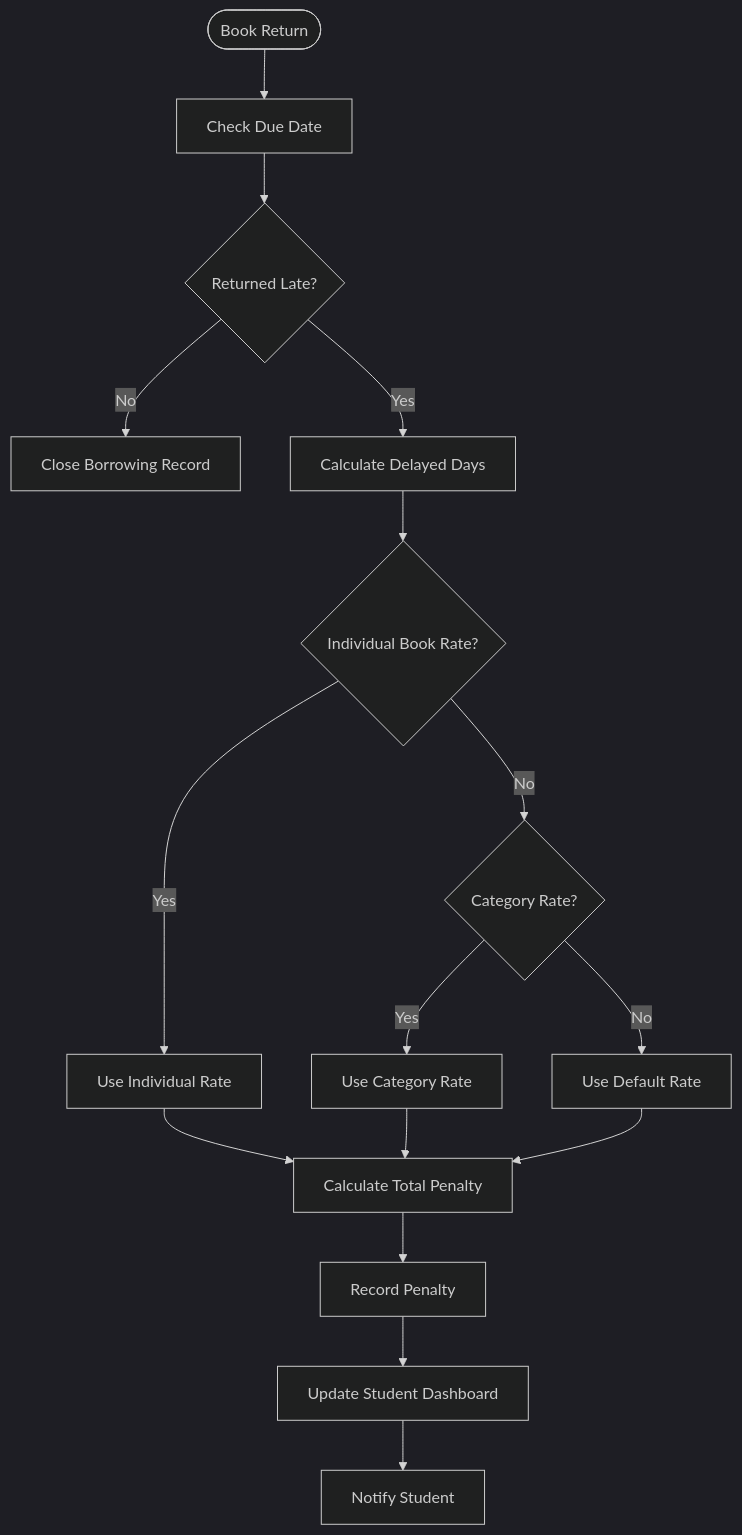
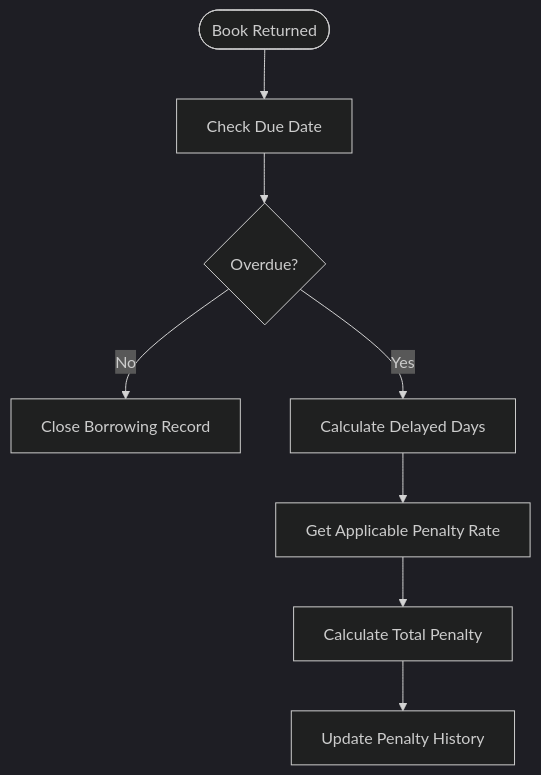
One commit to hardhiksai05/Library_System_Management_Prototype changed the fifth of 5 diagrams in README.md. Above: the diagram before and after it, drawn with Mermaid (dark theme). The commit also changed other lines of this file, not shown here.

````diff
--- a/README.md
+++ b/README.md
@@ -309,18 +290,10 @@
 ```mermaid
 flowchart TD
-    A([Book Return]) --> B[Check Due Date]
-    B --> C{Returned Late?}
+    A([Book Returned]) --> B[Check Due Date]
+    B --> C{Overdue?}
     C -->|No| D[Close Borrowing Record]
     C -->|Yes| E[Calculate Delayed Days]
-    E --> F{Individual Book Rate?}
-    F -->|Yes| G[Use Individual Rate]
-    F -->|No| H{Category Rate?}
-    H -->|Yes| I[Use Category Rate]
-    H -->|No| J[Use Default Rate]
-    G --> K[Calculate Total Penalty]
-    I --> K
-    J --> K
-    K --> L[Record Penalty]
-    L --> M[Update Student Dashboard]
-    M --> N[Notify Student]
+    E --> F[Get Applicable Penalty Rate]
+    F --> G[Calculate Total Penalty]
+    G --> H[Update Penalty History]
 ```
````
